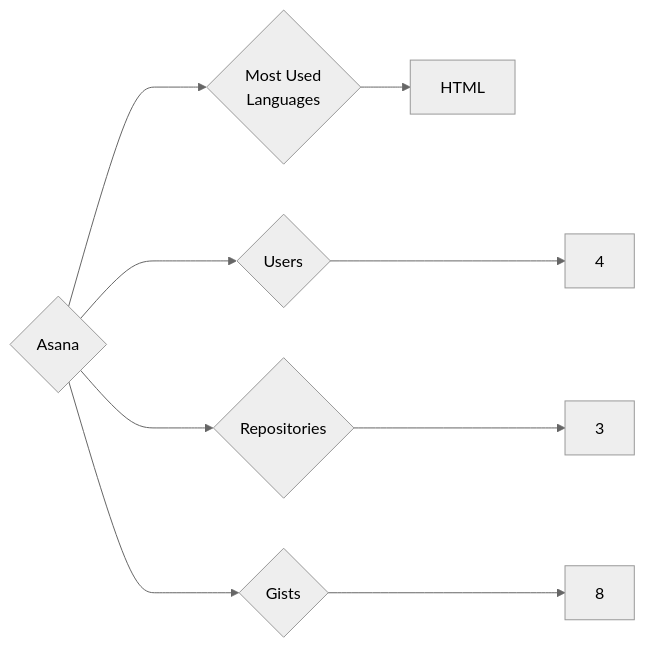
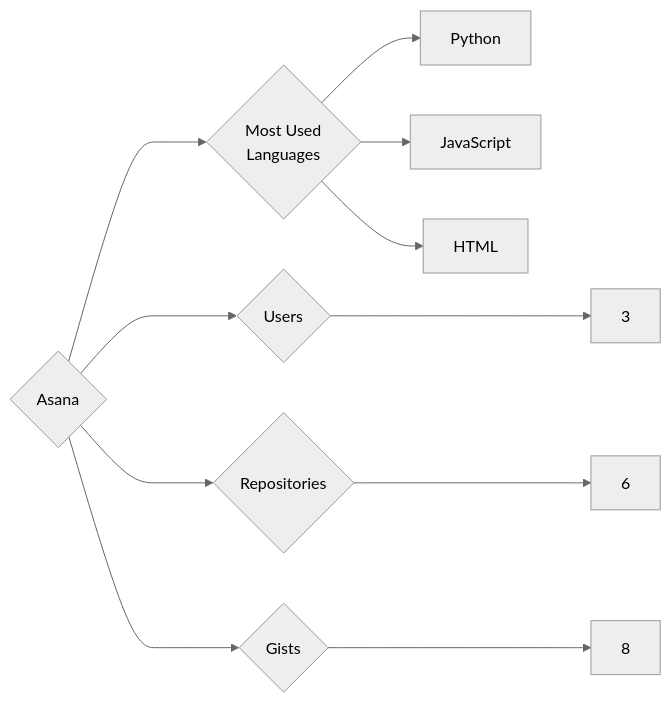
One commit to trickest/insiders changed the diagram in targets/Asana/README.md. Above: the diagram before and after it, drawn with Mermaid (neutral theme). The commit also changed 1023 other files, not shown here.

````diff
--- a/targets/Asana/README.md
+++ b/targets/Asana/README.md
@@ -3,9 +3,11 @@
 ```mermaid
 graph LR
 COMPANY_NAME{Asana}
-COMPANY_NAME ---> U{Users} ---> UN[4]
-COMPANY_NAME ---> R{Repositories} ---> RN[3]
+COMPANY_NAME ---> U{Users} ---> UN[3]
+COMPANY_NAME ---> R{Repositories} ---> RN[6]
 COMPANY_NAME ---> G{Gists} ---> GN[8]
 COMPANY_NAME ---> ML{Most Used<br>Languages}
+ML --> Python[Python]
+ML --> JavaScript[JavaScript]
 ML --> HTML[HTML]
 ```
````
